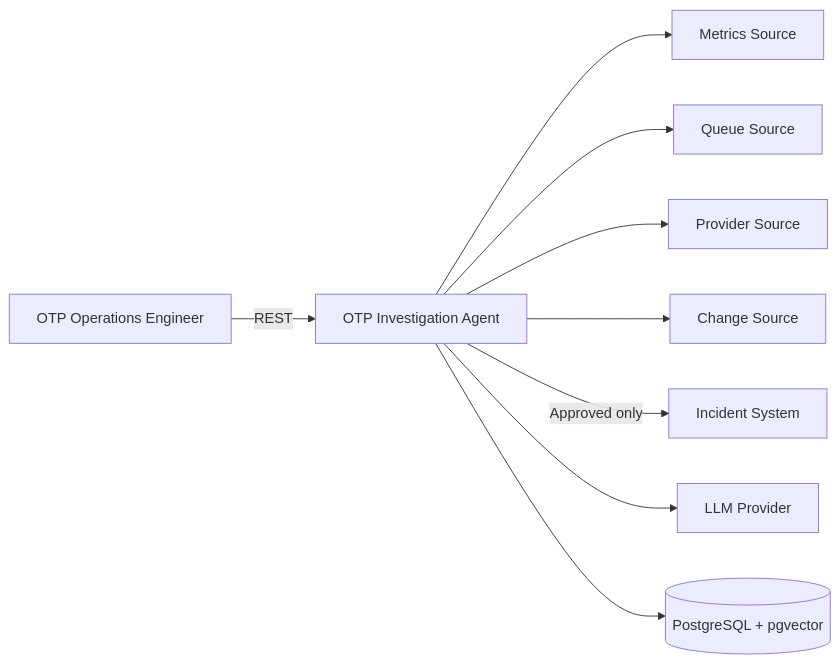
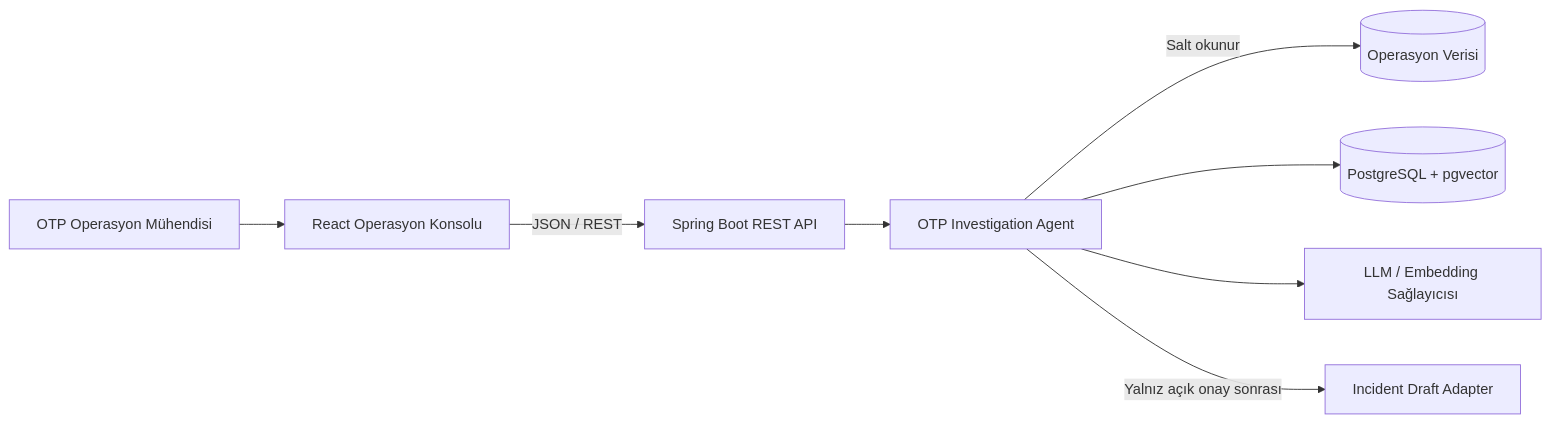
Before and after one commit to aliozen0/otp-incident-investigation-agent: the first of 5 diagrams in README.md, drawn with Mermaid. The commit also changed other lines of this file and 44 other files, not shown here.

````diff
--- a/README.md
+++ b/README.md
@@ -122,21 +154,19 @@
 ```mermaid
 flowchart LR
-    User[OTP Operations Engineer]
-    App[OTP Investigation Agent]
-    Metrics[Metrics Source]
-    Queue[Queue Source]
-    Provider[Provider Source]
-    Changes[Change Source]
-    Incident[Incident System]
-    LLM[LLM Provider]
-    DB[(PostgreSQL + pgvector)]
+    User[OTP Operasyon Mühendisi]
+    UI[React Operasyon Konsolu]
+    API[Spring Boot REST API]
+    Agent[OTP Investigation Agent]
+    Ops[(Operasyon Verisi)]
+    Knowledge[(PostgreSQL + pgvector)]
+    Model[LLM / Embedding Sağlayıcısı]
+    Incident[Incident Draft Adapter]
 
-    User -->|REST| App
-    App --> Metrics
-    App --> Queue
-    App --> Provider
-    App --> Changes
-    App -->|Approved only| Incident
-    App --> LLM
-    App --> DB
+    User --> UI
+    UI -->|JSON / REST| API
+    API --> Agent
+    Agent -->|Salt okunur| Ops
+    Agent --> Knowledge
+    Agent --> Model
+    Agent -->|Yalnız açık onay sonrası| Incident
 ```
````
